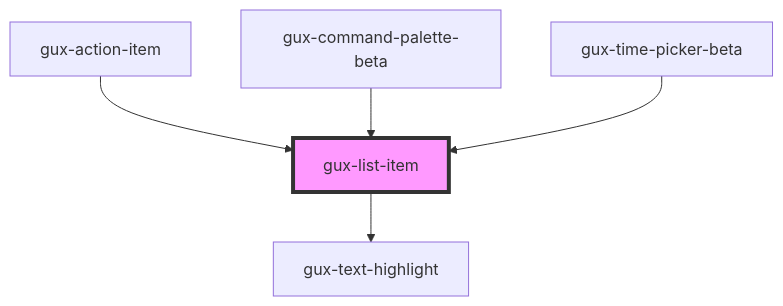
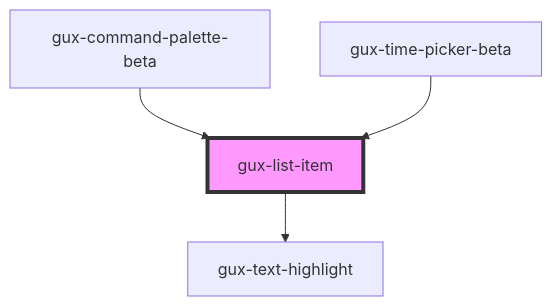
One commit to MyPureCloud/genesys-spark changed the diagram in src/components/stable/gux-list/list-item/readme.md. Above: the diagram before and after it, drawn with Mermaid. The commit also changed other lines of this file and 4 other files, not shown here.

First line of the commit message:
fix(action-item): fixed action item disabled state

````diff
--- a/src/components/stable/gux-list/list-item/readme.md
+++ b/src/components/stable/gux-list/list-item/readme.md
@@ -51,8 +50,7 @@
 ```mermaid
 graph TD;
   gux-list-item --> gux-text-highlight
-  gux-action-item --> gux-list-item
   gux-command-palette-beta --> gux-list-item
   gux-time-picker-beta --> gux-list-item
   style gux-list-item fill:#f9f,stroke:#333,stroke-width:4px
 ```
````
